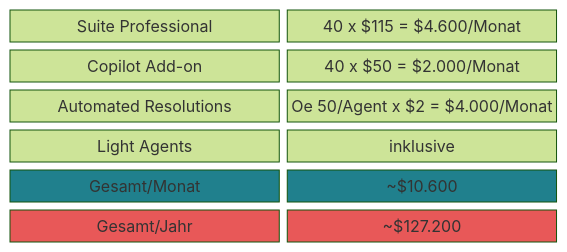
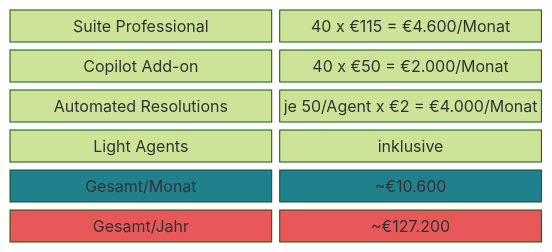
The second of 11 diagrams in readme.md (tekknix/zendesk-ai), drawn with Mermaid (forest theme) before and after one commit. The commit also changed other lines of this file, not shown here.

````diff
--- a/readme.md
+++ b/readme.md
@@ -26,15 +26,15 @@
 ```mermaid
 block-beta
     columns 2
-    A["Suite Professional"]:1 B["40 x $115 = $4.600/Monat"]:1
-    C["Copilot Add-on"]:1 D["40 x $50 = $2.000/Monat"]:1
-    E["Automated Resolutions"]:1 F["Oe 50/Agent x $2 = $4.000/Monat"]:1
+    A["Suite Professional"]:1 B["40 x €115 = €4.600/Monat"]:1
+    C["Copilot Add-on"]:1 D["40 x €50 = €2.000/Monat"]:1
+    E["Automated Resolutions"]:1 F["je 50/Agent x €2 = €4.000/Monat"]:1
     G["Light Agents"]:1 H["inklusive"]:1
-    I["Gesamt/Monat"]:1 J["~$10.600"]:1
-    K["Gesamt/Jahr"]:1 L["~$127.200"]:1
+    I["Gesamt/Monat"]:1 J["~€10.600"]:1
+    K["Gesamt/Jahr"]:1 L["~€127.200"]:1
 
     style I fill:#20808D,color:#fff
     style J fill:#20808D,color:#fff
     style K fill:#E85858,color:#fff
     style L fill:#E85858,color:#fff
 ```
````
